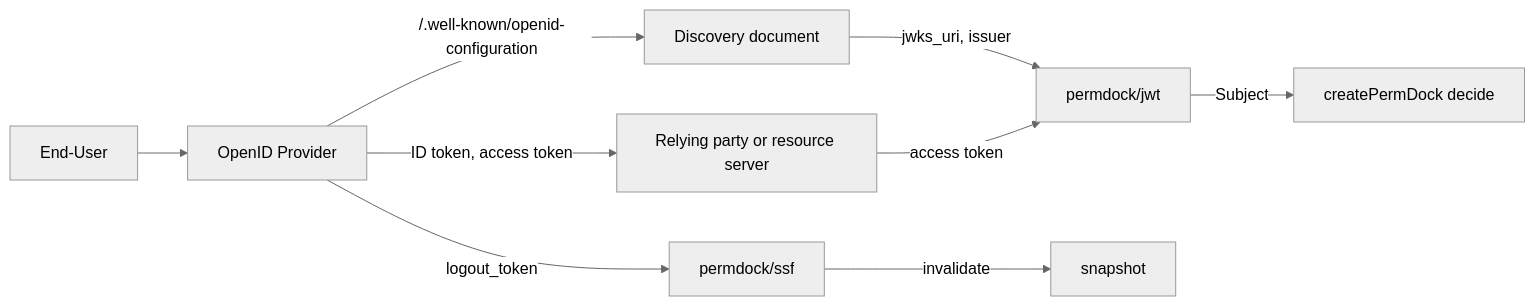
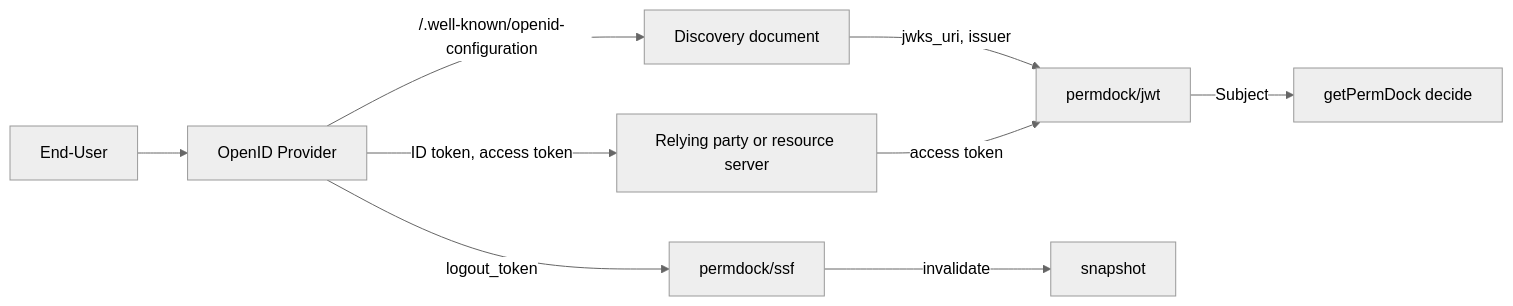
Before and after one commit to ScaleDockHQ/permdock: the diagram in apps/docs/content/docs/standards/openid-connect.mdx, drawn with Mermaid (neutral theme). The commit also changed 53 other files, not shown here.

Commit message:
docs: document getPermDock, getPermDockSync, requirePermission and prefetchRelations

````diff
--- a/apps/docs/content/docs/standards/openid-connect.mdx
+++ b/apps/docs/content/docs/standards/openid-connect.mdx
@@ -29,11 +29,11 @@
 ```mermaid
 flowchart LR
   Browser[End-User] --> OP[OpenID Provider]
   OP -->|ID token, access token| RP[Relying party or resource server]
   OP -->|"/.well-known/openid-configuration"| Discovery[Discovery document]
   Discovery -->|jwks_uri, issuer| JwtAdapter[permdock/jwt]
   RP -->|access token| JwtAdapter
-  JwtAdapter -->|Subject| Core[createPermDock decide]
+  JwtAdapter -->|Subject| Core[getPermDock decide]
   OP -->|logout_token| Ssf[permdock/ssf]
   Ssf -->|invalidate| Snapshot[snapshot]
 ```
````
